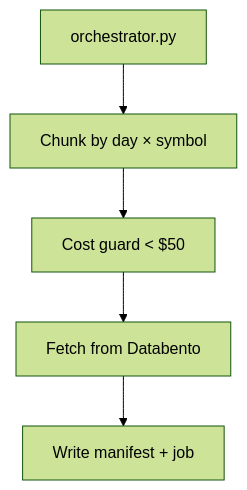
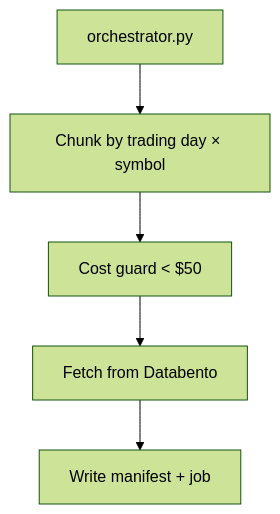
Before and after one commit to matthewv192/grad-project: the second of 4 diagrams in docs/architecture.md, drawn with Mermaid (forest theme). The commit also changed other lines of this file and 6 other files, not shown here.

````diff
--- a/docs/architecture.md
+++ b/docs/architecture.md
@@ -23,7 +23,7 @@
 ```mermaid
 flowchart TD
-    A[orchestrator.py] --> B[Chunk by day × symbol]
+    A[orchestrator.py] --> B[Chunk by trading day × symbol]
     B --> C[Cost guard < $50]
     C --> D[Fetch from Databento]
     D --> E[Write manifest + job]
 ```
````
